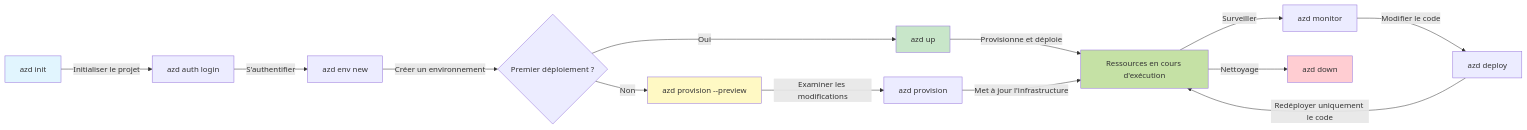
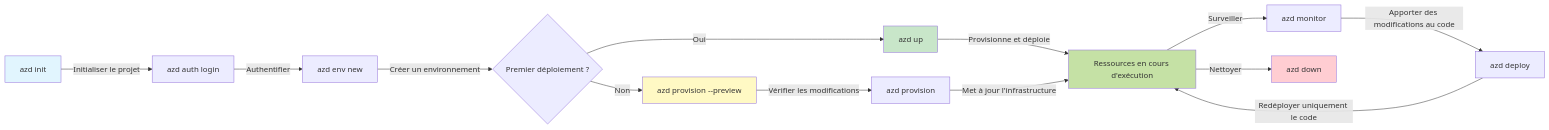
Before and after one commit to microsoft/AZD-for-beginners: the first of 2 diagrams in translations/fr/docs/chapter-01-foundation/azd-basics.md, drawn with Mermaid. The commit also changed other lines of this file and 101 other files, not shown here.

````diff
--- a/translations/fr/docs/chapter-01-foundation/azd-basics.md
+++ b/translations/fr/docs/chapter-01-foundation/azd-basics.md
@@ -254,21 +269,21 @@
 ```mermaid
 graph LR
     A[azd init] -->|Initialiser le projet| B[azd auth login]
-    B -->|S'authentifier| C[azd env new]
+    B -->|Authentifier| C[azd env new]
     C -->|Créer un environnement| D{Premier déploiement ?}
     D -->|Oui| E[azd up]
     D -->|Non| F[azd provision --preview]
-    F -->|Examiner les modifications| G[azd provision]
+    F -->|Vérifier les modifications| G[azd provision]
     E -->|Provisionne et déploie| H[Ressources en cours d'exécution]
     G -->|Met à jour l'infrastructure| H
     H -->|Surveiller| I[azd monitor]
-    I -->|Modifier le code| J[azd deploy]
+    I -->|Apporter des modifications au code| J[azd deploy]
     J -->|Redéployer uniquement le code| H
-    H -->|Nettoyage| K[azd down]
+    H -->|Nettoyer| K[azd down]
     
     style A fill:#e1f5fe
     style E fill:#c8e6c9
     style F fill:#fff9c4
     style H fill:#c5e1a5
     style K fill:#ffcdd2
 ```
````
